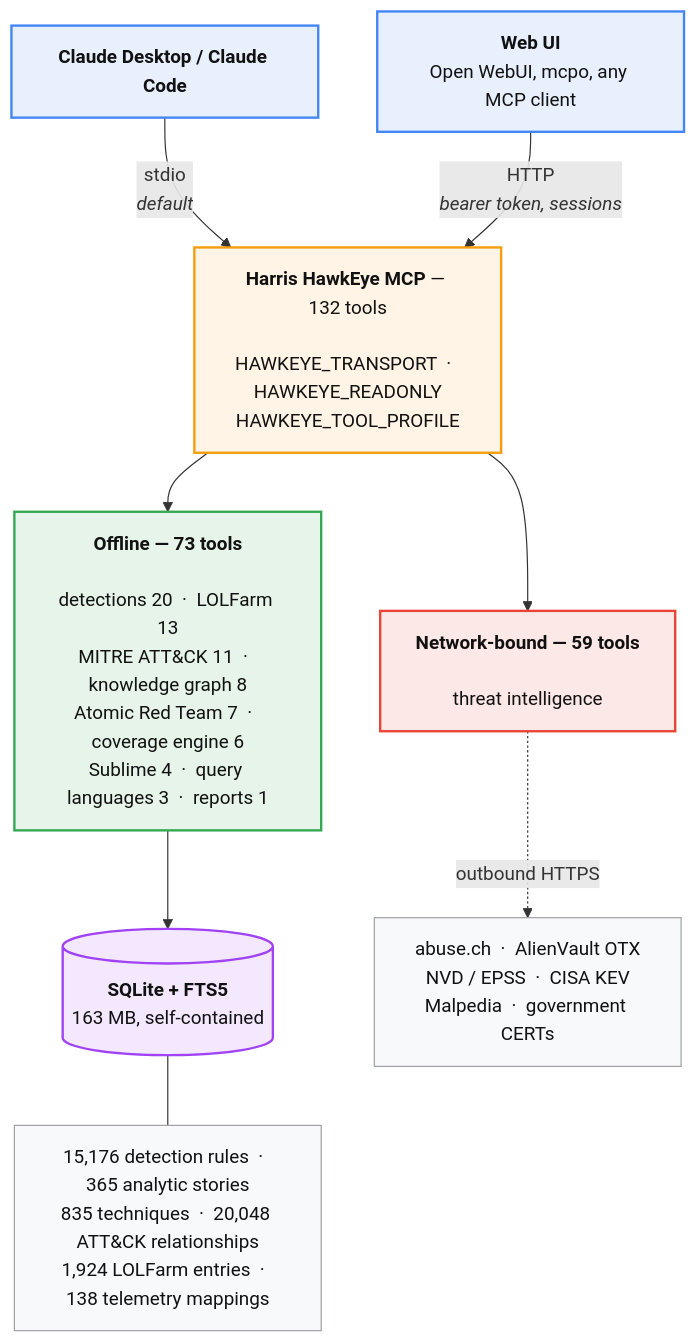
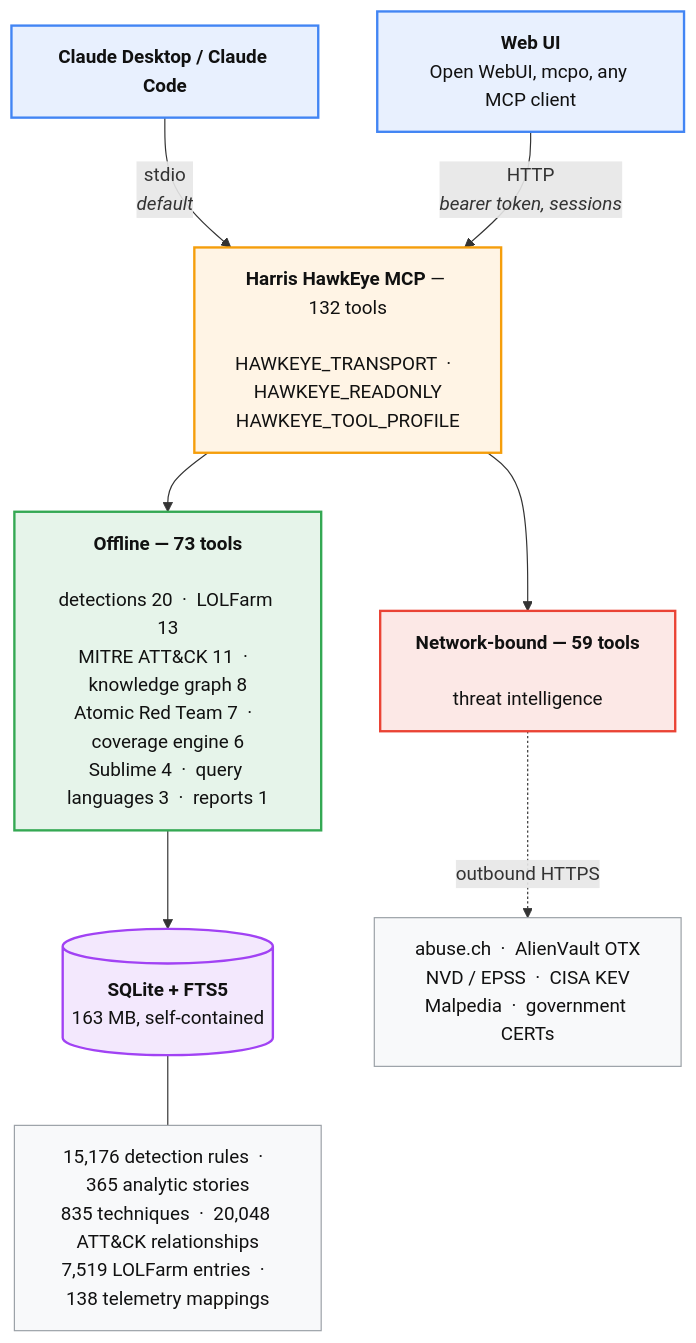
One commit to legionultramax/Detection-Engineering-MCP changed the first of 2 diagrams in README.md. Above: the diagram before and after it, drawn with Mermaid. The commit also changed other lines of this file and 7 other files, not shown here.

````diff
--- a/README.md
+++ b/README.md
@@ -39,36 +39,36 @@
 ```mermaid
 flowchart TB
     CD["<b>Claude Desktop / Claude Code</b>"]
     WEB["<b>Web UI</b><br/>Open WebUI, mcpo, any MCP client"]
 
     CD -- "stdio<br/><i>default</i>" --> SRV
     WEB -- "HTTP<br/><i>bearer token, sessions</i>" --> SRV
 
     SRV["<b>Harris HawkEye MCP</b> — 132 tools<br/><br/>HAWKEYE_TRANSPORT &nbsp;·&nbsp; HAWKEYE_READONLY<br/>HAWKEYE_TOOL_PROFILE"]
 
     SRV --> LOCAL
     SRV --> NET
 
     LOCAL["<b>Offline — 73 tools</b><br/><br/>detections 20 &nbsp;·&nbsp; LOLFarm 13<br/>MITRE ATT&amp;CK 11 &nbsp;·&nbsp; knowledge graph 8<br/>Atomic Red Team 7 &nbsp;·&nbsp; coverage engine 6<br/>Sublime 4 &nbsp;·&nbsp; query languages 3 &nbsp;·&nbsp; reports 1"]
 
     NET["<b>Network-bound — 59 tools</b><br/><br/>threat intelligence"]
 
     LOCAL --> DB[("<b>SQLite + FTS5</b><br/>163 MB, self-contained")]
     NET -. "outbound HTTPS" .-> EXT["abuse.ch &nbsp;·&nbsp; AlienVault OTX<br/>NVD / EPSS &nbsp;·&nbsp; CISA KEV<br/>Malpedia &nbsp;·&nbsp; government CERTs"]
 
-    DB --- CONTENT["15,176 detection rules &nbsp;·&nbsp; 365 analytic stories<br/>835 techniques &nbsp;·&nbsp; 20,048 ATT&amp;CK relationships<br/>1,924 LOLFarm entries &nbsp;·&nbsp; 138 telemetry mappings"]
+    DB --- CONTENT["15,176 detection rules &nbsp;·&nbsp; 365 analytic stories<br/>835 techniques &nbsp;·&nbsp; 20,048 ATT&amp;CK relationships<br/>7,519 LOLFarm entries &nbsp;·&nbsp; 138 telemetry mappings"]
 
     classDef client fill:#e8f0fe,stroke:#4285f4,stroke-width:2px,color:#111
     classDef core fill:#fff4e5,stroke:#f59e0b,stroke-width:2px,color:#111
     classDef offline fill:#e6f4ea,stroke:#34a853,stroke-width:2px,color:#111
     classDef online fill:#fce8e6,stroke:#ea4335,stroke-width:2px,color:#111
     classDef store fill:#f3e8fd,stroke:#a142f4,stroke-width:2px,color:#111
     classDef plain fill:#f8f9fa,stroke:#9aa0a6,stroke-width:1px,color:#111
 
     class CD,WEB client
     class SRV core
     class LOCAL offline
     class NET online
     class DB store
     class EXT,CONTENT plain
 ```
````
